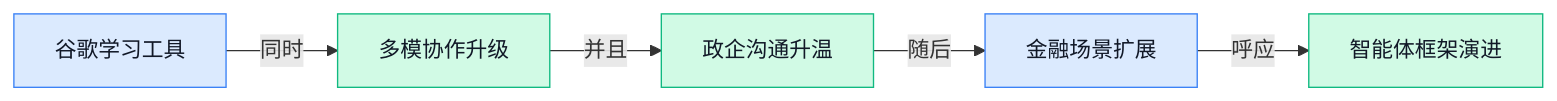
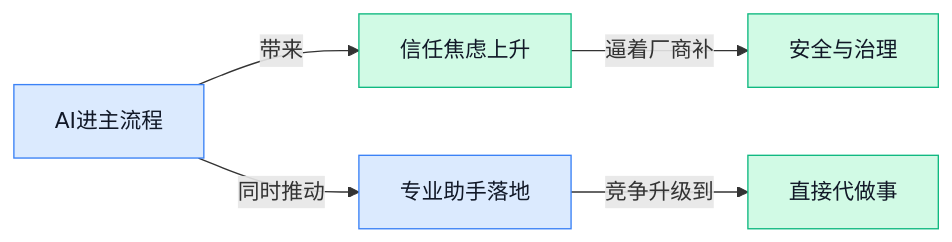
The diagram in content/cn/2026/2026-04/2026-04-14.md (ylzsdafei/ai-daily-site), drawn with Mermaid before and after one commit. The commit also changed other lines of this file and 4 other files, not shown here.

````diff
--- a/content/cn/2026/2026-04/2026-04-14.md
+++ b/content/cn/2026/2026-04/2026-04-14.md
@@ -126,12 +109,11 @@
 ```mermaid
 graph LR
-A[谷歌学习工具] -->|同时| B[多模协作升级]
-B -->|并且| C[政企沟通升温]
-C -->|随后| D[金融场景扩展]
-D -->|呼应| E[智能体框架演进]
-
+A[AI进主流程] -->|带来| B[信任焦虑上升]
+B -->|逼着厂商补| C[安全与治理]
+A -->|同时推动| D[专业助手落地]
+D -->|竞争升级到| E[直接代做事]
+classDef blue fill:#dbeafe,stroke:#3b82f6,color:#111827
+classDef green fill:#d1fae5,stroke:#10b981,color:#111827
 class A,D blue
 class B,C,E green
-classDef blue fill:#dbeafe,stroke:#3b82f6,color:#111827
-classDef green fill:#d1fae5,stroke:#10b981,color:#111827
 ```
````
